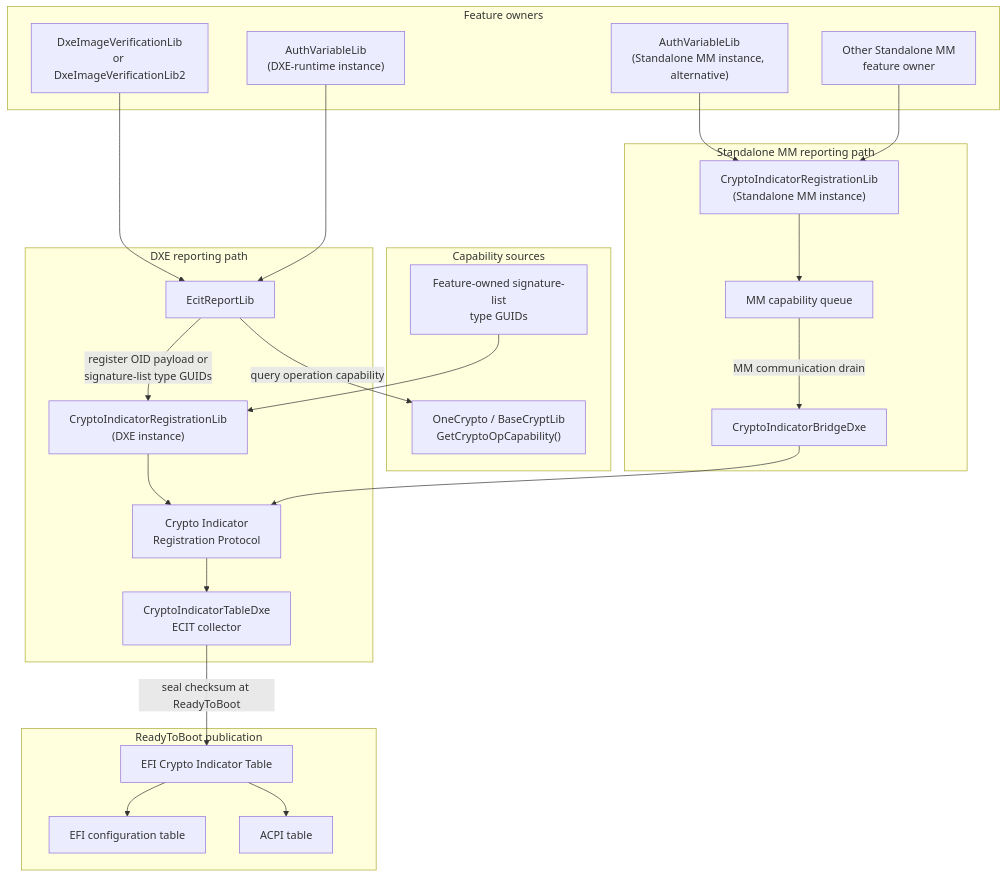
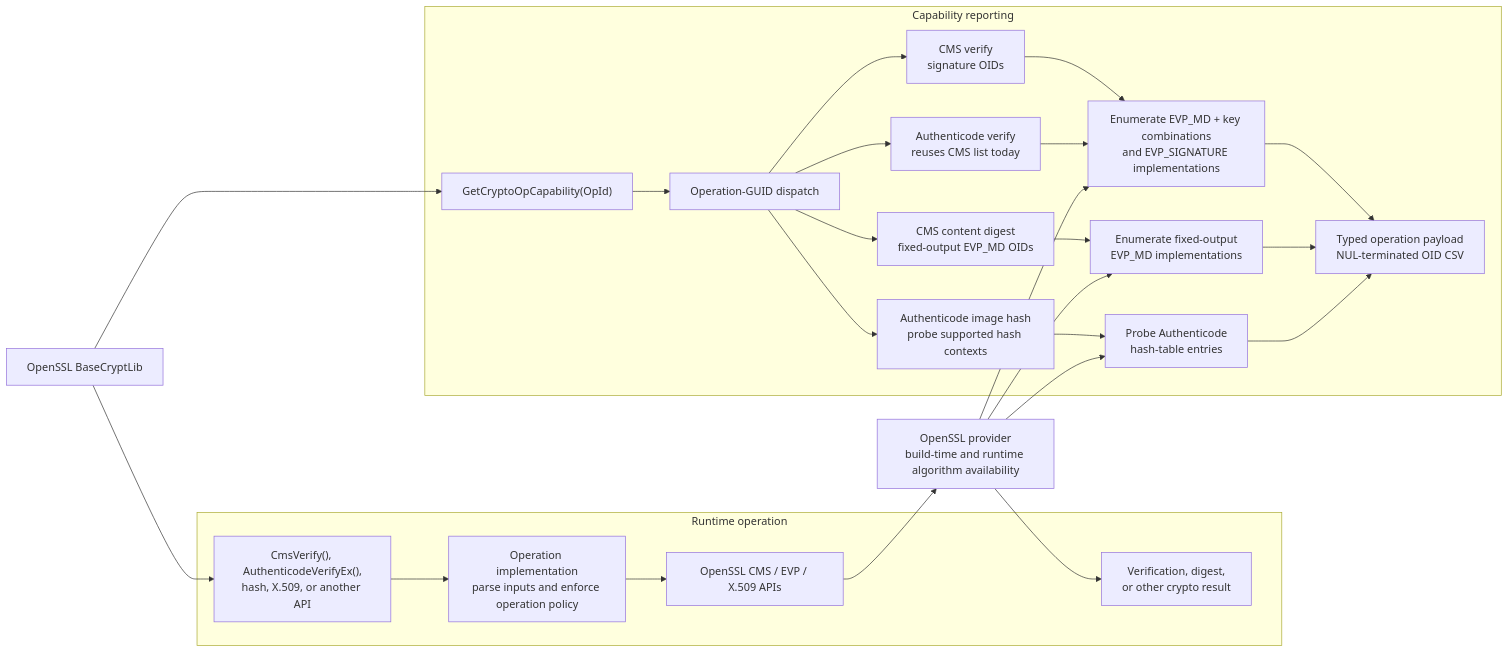
The third of 4 diagrams in SecurityPkg/CryptoIndicatorTable/README.md (microsoft/mu_basecore), drawn with Mermaid before and after one commit. The commit also changed other lines of this file and 21 other files, not shown here.

````diff
--- a/SecurityPkg/CryptoIndicatorTable/README.md
+++ b/SecurityPkg/CryptoIndicatorTable/README.md
@@ -7,51 +181,47 @@
 ```mermaid
-flowchart TB
-  subgraph FeatureOwners["Feature owners"]
-    ImageVerification["DxeImageVerificationLib<br/>or DxeImageVerificationLib2"]
-    AuthVariablesDxe["AuthVariableLib<br/>(DXE-runtime instance)"]
-    AuthVariablesMm["AuthVariableLib<br/>(Standalone MM instance, alternative)"]
-    OtherMmFeature["Other Standalone MM<br/>feature owner"]
+flowchart LR
+  Entry["OpenSSL BaseCryptLib"]
+
+  subgraph Runtime["Runtime operation"]
+    RuntimeApi["CmsVerify(), AuthenticodeVerifyEx(),<br/>hash, X.509, or another API"]
+    RuntimeImplementation["Operation implementation<br/>parse inputs and enforce operation policy"]
+    EvpOperation["OpenSSL CMS / EVP / X.509 APIs"]
+    RuntimeResult["Verification, digest,<br/>or other crypto result"]
+
+    RuntimeApi --> RuntimeImplementation --> EvpOperation
   end
 
-  subgraph CapabilitySources["Capability sources"]
-    OneCrypto["OneCrypto / BaseCryptLib<br/>GetCryptoOpCapability()"]
-    SignatureTypes["Feature-owned signature-list<br/>type GUIDs"]
+  subgraph Capability["Capability reporting"]
+    GetCapability["GetCryptoOpCapability(OpId)"]
+    Dispatch["Operation-GUID dispatch"]
+
+    CmsVerify["CMS verify<br/>signature OIDs"]
+    CmsDigest["CMS content digest<br/>fixed-output EVP_MD OIDs"]
+    AuthVerify["Authenticode verify<br/>reuses CMS list today"]
+    AuthHash["Authenticode image hash<br/>probe supported hash contexts"]
+
+    SignatureEnumeration["Enumerate EVP_MD + key combinations<br/>and EVP_SIGNATURE implementations"]
+    DigestEnumeration["Enumerate fixed-output<br/>EVP_MD implementations"]
+    HashProbe["Probe Authenticode<br/>hash-table entries"]
+    OidPayload["Typed operation payload<br/>NUL-terminated OID CSV"]
+
+    GetCapability --> Dispatch
+    Dispatch --> CmsVerify --> SignatureEnumeration
+    Dispatch --> AuthVerify --> SignatureEnumeration
+    Dispatch --> CmsDigest --> DigestEnumeration
+    Dispatch --> AuthHash --> HashProbe
+    SignatureEnumeration --> OidPayload
+    DigestEnumeration --> OidPayload
+    HashProbe --> OidPayload
   end
 
-  subgraph DxeReporting["DXE reporting path"]
-    EcitReport["EcitReportLib"]
-    DxeRegistration["CryptoIndicatorRegistrationLib<br/>(DXE instance)"]
-    RegistrationProtocol["Crypto Indicator<br/>Registration Protocol"]
-    Collector["CryptoIndicatorTableDxe<br/>ECIT collector"]
-  end
+  Provider["OpenSSL provider<br/>build-time and runtime algorithm availability"]
 
-  subgraph MmReporting["Standalone MM reporting path"]
-    MmRegistration["CryptoIndicatorRegistrationLib<br/>(Standalone MM instance)"]
-    MmQueue["MM capability queue"]
-    MmBridge["CryptoIndicatorBridgeDxe"]
-  end
-
-  subgraph PublishedTable["ReadyToBoot publication"]
-    Ecit["EFI Crypto Indicator Table"]
-    ConfigTable["EFI configuration table"]
-    AcpiTable["ACPI table"]
-  end
-
-  ImageVerification --> EcitReport
-  AuthVariablesDxe --> EcitReport
-  EcitReport -->|query operation capability| OneCrypto
-  EcitReport -->|register OID payload or<br/>signature-list type GUIDs| DxeRegistration
-  SignatureTypes --> DxeRegistration
-  DxeRegistration --> RegistrationProtocol
-  RegistrationProtocol --> Collector
-
-  AuthVariablesMm --> MmRegistration
-  OtherMmFeature --> MmRegistration
-  MmRegistration --> MmQueue
-  MmQueue -->|MM communication drain| MmBridge
-  MmBridge --> RegistrationProtocol
-
-  Collector -->|seal checksum at ReadyToBoot| Ecit
-  Ecit --> ConfigTable
-  Ecit --> AcpiTable
+  Entry --> RuntimeApi
+  Entry --> GetCapability
+  EvpOperation --> Provider
+  Provider --> RuntimeResult
+  Provider --> SignatureEnumeration
+  Provider --> DigestEnumeration
+  Provider --> HashProbe
 ```
````
